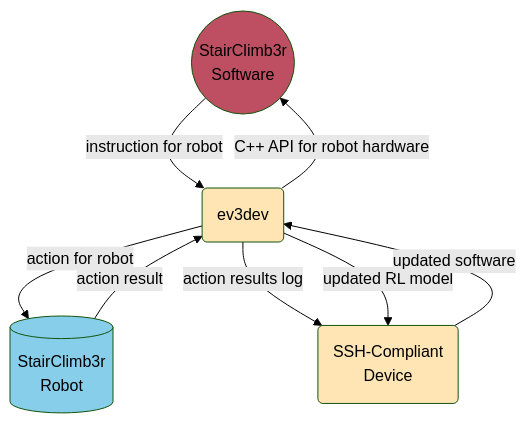
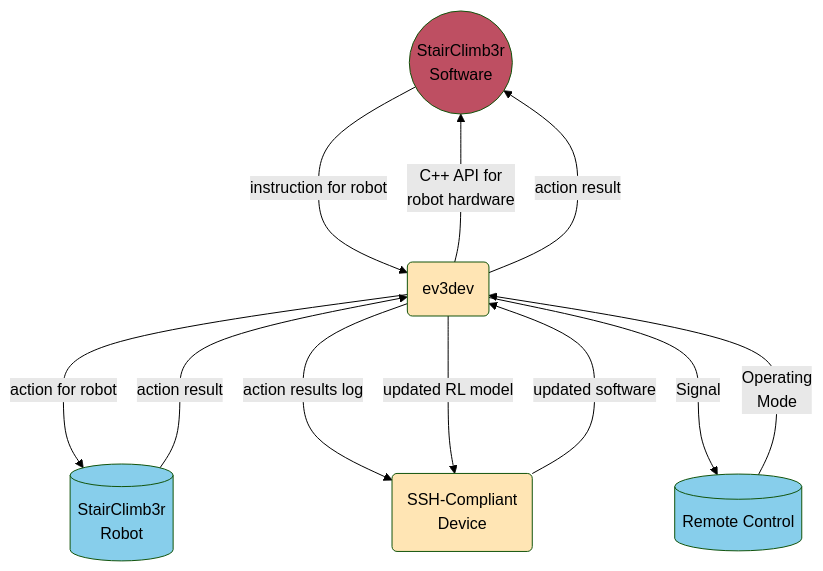
The diagram in CONTRIBUTING/PROJECT_SPECIFICATIONS/REQUIREMENTS_SPECIFICATION.md (rafarrel/StairClimb3r), drawn with Mermaid (forest theme) before and after one commit. The commit also changed other lines of this file, not shown here.

Commit message:
Updated context diagram and references in requirements specification

````diff
--- a/CONTRIBUTING/PROJECT_SPECIFICATIONS/REQUIREMENTS_SPECIFICATION.md
+++ b/CONTRIBUTING/PROJECT_SPECIFICATIONS/REQUIREMENTS_SPECIFICATION.md
@@ -30,26 +30,30 @@
 ```mermaid
 flowchart TD;
    %% Nodes
    Software((StairClimb3r\n Software));
    Robot[(StairClimb3r\n Robot)];
+   Remote[(Remote Control)];
    ev3dev(ev3dev);
    device(SSH-Compliant\n Device);
    
    %% Node styles
    classDef Software fill:#be4f62;
    classDef Devices fill:#ffe5b4;
    classDef Hardware fill:#87CEEB;
    
    class Software Software;
    class ev3dev,device Devices;
-   class Robot Hardware;
+   class Robot,Remote Hardware;
    
    %% Links
-   Software -- instruction for robot --> ev3dev;
-   ev3dev -- C++ API for robot hardware --> Software;
-   ev3dev -- action for robot --> Robot;
-   Robot -- action result --> ev3dev;
-   ev3dev -- action results log --> device;
-   ev3dev -- updated RL model --> device;
-   device -- updated software --> ev3dev;
+   Software -- instruction for robot ---> ev3dev;
+   ev3dev -- C++ API for\n robot hardware ---> Software;
+   ev3dev -- action result ---> Software;
+   ev3dev -- action for robot ---> Robot;
+   Robot -- action result ---> ev3dev;
+   ev3dev -- action results log ---> device;
+   ev3dev -- updated RL model ---> device;
+   device -- updated software ---> ev3dev;
+   ev3dev -- Signal ---> Remote;
+   Remote -- Operating\n Mode ---> ev3dev;
 ```
````
